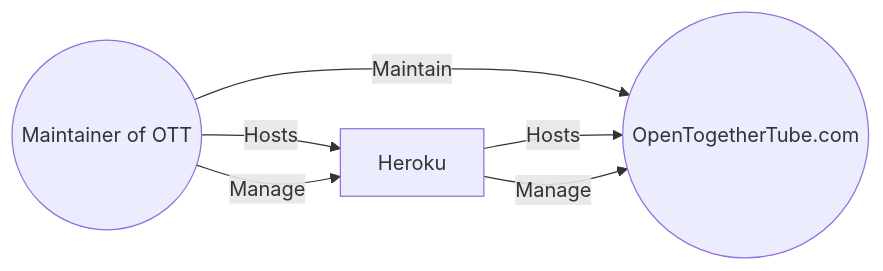
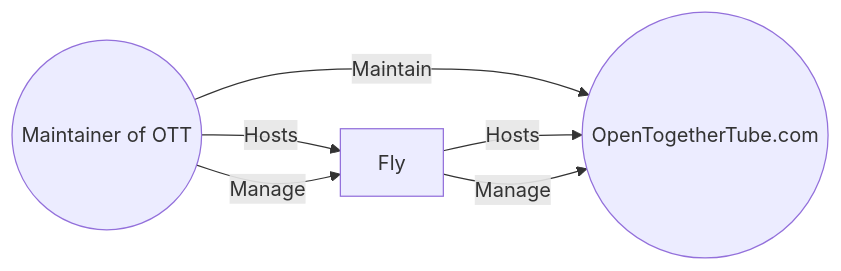
Before and after one commit to dyc3/senior-design: the diagram in figures/hosting-use-case.mmd, drawn with Mermaid. The commit also changed 5 other files, not shown here.

First line of the commit message:
update references to heroku to fly, closes #76 (#80)

```diff
--- a/figures/hosting-use-case.mmd
+++ b/figures/hosting-use-case.mmd
@@ -1,9 +1,9 @@
 graph LR
 Maintainer((Maintainer of OTT))
 Website((OpenTogetherTube.com))
 
-Maintainer -- Hosts --> Heroku
+Maintainer -- Hosts --> Fly
 Maintainer -- Maintain --> Website
-Maintainer -- Manage --> Heroku
-Heroku -- Hosts --> Website
-Heroku -- Manage --> Website
+Maintainer -- Manage --> Fly
+Fly -- Hosts --> Website
+Fly -- Manage --> Website
```
